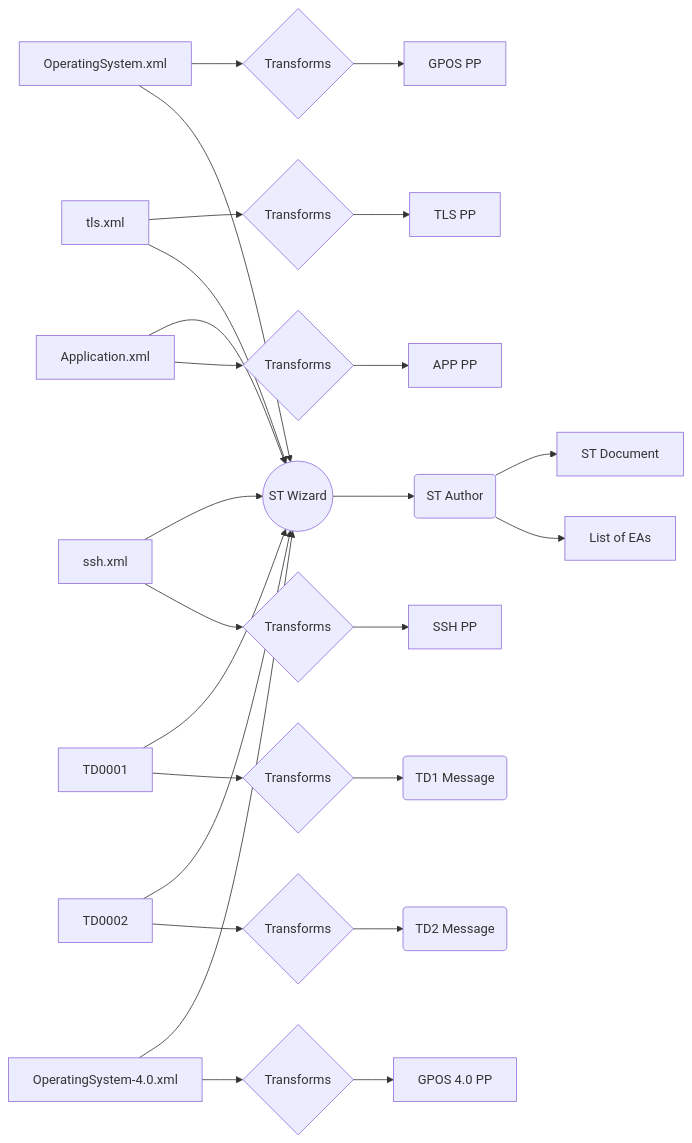
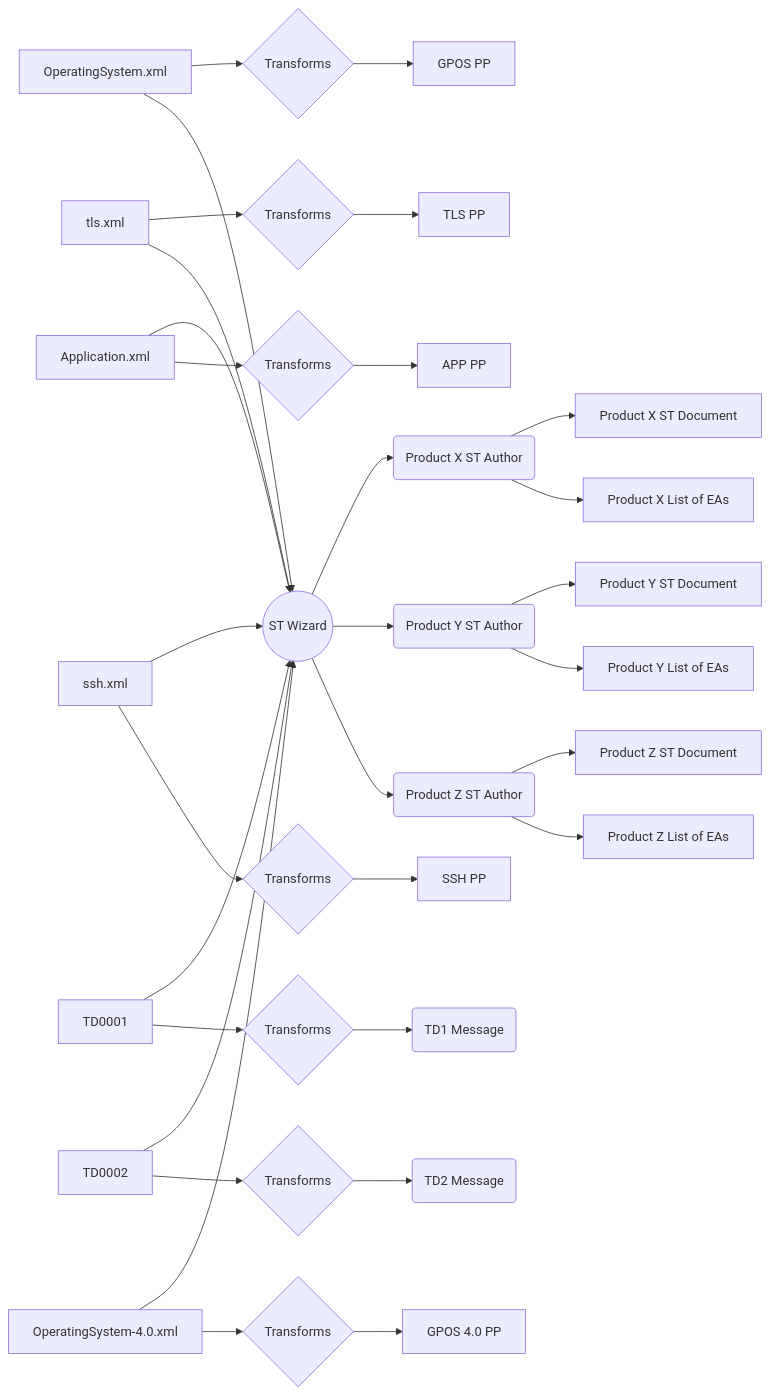
Before and after one commit to commoncriteria/pp-st-wizard: the diagram in Diagram.md, drawn with Mermaid.

````diff
--- a/Diagram.md
+++ b/Diagram.md
@@ -2,21 +2,29 @@
 ```mermaid
 graph LR
     OSXML[OperatingSystem.xml] --> OST{Transforms} --> OSPP[GPOS PP]
     TLS_XML[tls.xml] --> TLS_T{Transforms} --> TLS_PP[TLS PP]
 
-    TLS_XML --> STWIZ --> STAuthor( ST Author )
-    STAuthor --> ST[ST Document]
-    STAuthor --> EAs[List of EAs]
+    TLS_XML --> STWIZ
     OSXML   --> STWIZ((ST Wizard))
     APP_XML --> STWIZ
     SSH_XML --> STWIZ
     TD1     --> STWIZ
     TD2         --> STWIZ
     OS_PREV_XML --> STWIZ
 
+    STWIZ --> STAuthorX( Product X ST Author )
+    STAuthorX --> STX[Product X ST Document]
+    STAuthorX --> EAsX[Product X List of EAs]
+    STWIZ --> STAuthorY( Product Y ST Author )
+    STAuthorY --> STY[Product Y ST Document]
+    STAuthorY --> EAsY[Product Y List of EAs]
+    STWIZ --> STAuthorZ( Product Z ST Author )
+    STAuthorZ --> STZ[Product Z ST Document]
+    STAuthorZ --> EAsZ[Product Z List of EAs]
+
     SSH_XML[ssh.xml] --> SSH_T{Transforms} --> SSH_PP[SSH PP]
     APP_XML[Application.xml] --> APP_T{Transforms} --> APP_PP[APP PP]
     TD1[TD0001] --> TD1_T{Transforms} --> TD1_M(TD1 Message)
     TD2[TD0002] --> TD2_T{Transforms} --> TD2_M(TD2 Message)
     OS_PREV_XML[OperatingSystem-4.0.xml] --> OS4_T{Transforms} --> OS_4_PP[GPOS 4.0 PP]
 ```
````
